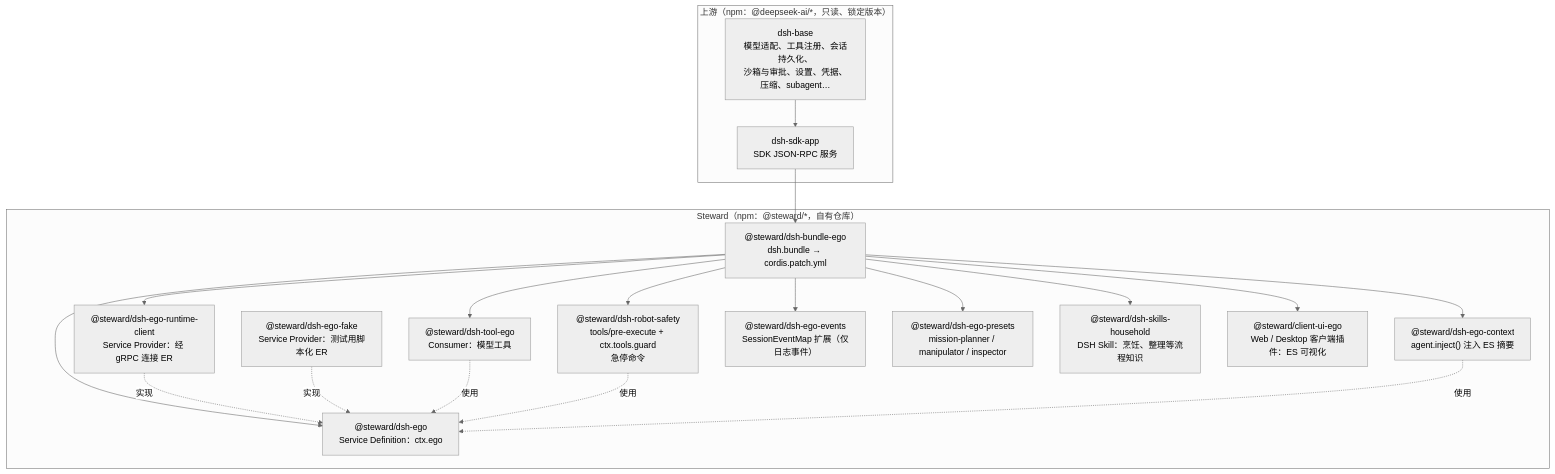
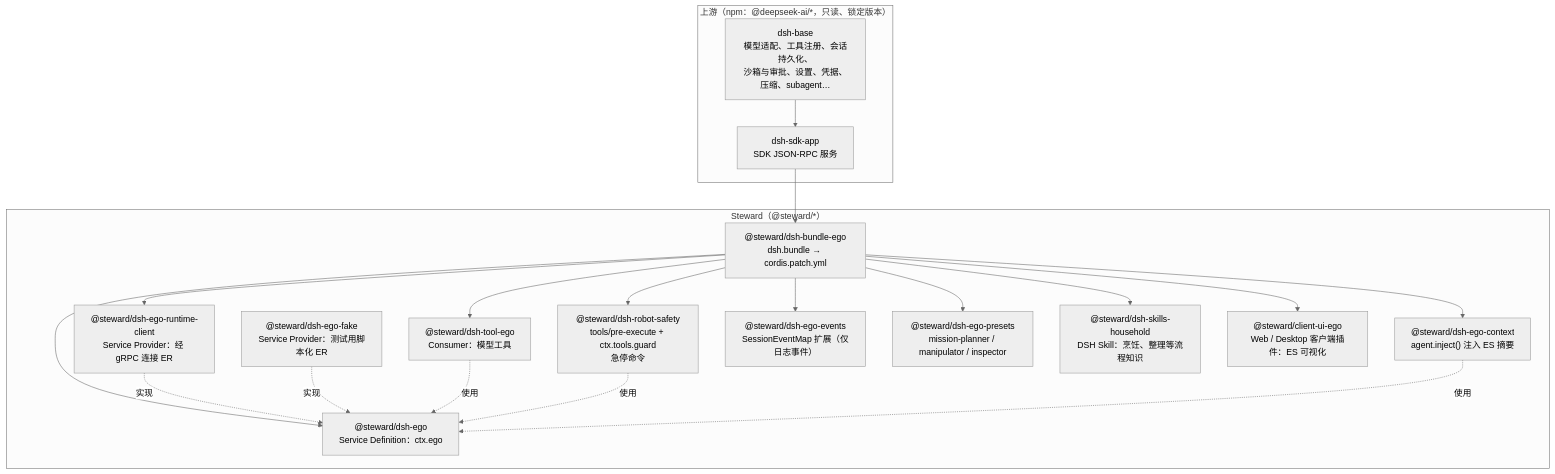
Before and after one commit to Siliconagent218/steward: the fourth of 10 diagrams in steward.md, drawn with Mermaid (neutral theme). The commit also changed other lines of this file, not shown here.

````diff
--- a/steward.md
+++ b/steward.md
@@ -339,29 +377,29 @@
 ```mermaid
 flowchart TB
   subgraph UP["上游（npm：@deepseek-ai/*，只读、锁定版本）"]
     BASE["dsh-base<br/>模型适配、工具注册、会话持久化、<br/>沙箱与审批、设置、凭据、压缩、subagent…"]
     APP["dsh-sdk-app<br/>SDK JSON-RPC 服务"]
   end
 
-  subgraph ST["Steward（npm：@steward/*，自有仓库）"]
+  subgraph ST["Steward（@steward/*）"]
     BUNDLE["@steward/dsh-bundle-ego<br/>dsh.bundle → cordis.patch.yml"]
     DEF["@steward/dsh-ego<br/>Service Definition：ctx.ego"]
     PROV["@steward/dsh-ego-runtime-client<br/>Service Provider：经 gRPC 连接 ER"]
     FAKE["@steward/dsh-ego-fake<br/>Service Provider：测试用脚本化 ER"]
     TOOLS["@steward/dsh-tool-ego<br/>Consumer：模型工具"]
     SAFE["@steward/dsh-robot-safety<br/>tools/pre-execute + ctx.tools.guard<br/>急停命令"]
     CTXP["@steward/dsh-ego-context<br/>agent.inject() 注入 ES 摘要"]
     EVT["@steward/dsh-ego-events<br/>SessionEventMap 扩展（仅日志事件）"]
     PRE["@steward/dsh-ego-presets<br/>mission-planner / manipulator / inspector"]
     SKL["@steward/dsh-skills-household<br/>DSH Skill：烹饪、整理等流程知识"]
     UI["@steward/client-ui-ego<br/>Web / Desktop 客户端插件：ES 可视化"]
   end
 
   BASE --> APP --> BUNDLE
   BUNDLE --> DEF & PROV & TOOLS & SAFE & CTXP & EVT & PRE & SKL & UI
   PROV -. 实现 .-> DEF
   FAKE -. 实现 .-> DEF
   TOOLS -. 使用 .-> DEF
   SAFE -. 使用 .-> DEF
   CTXP -. 使用 .-> DEF
 ```
````
